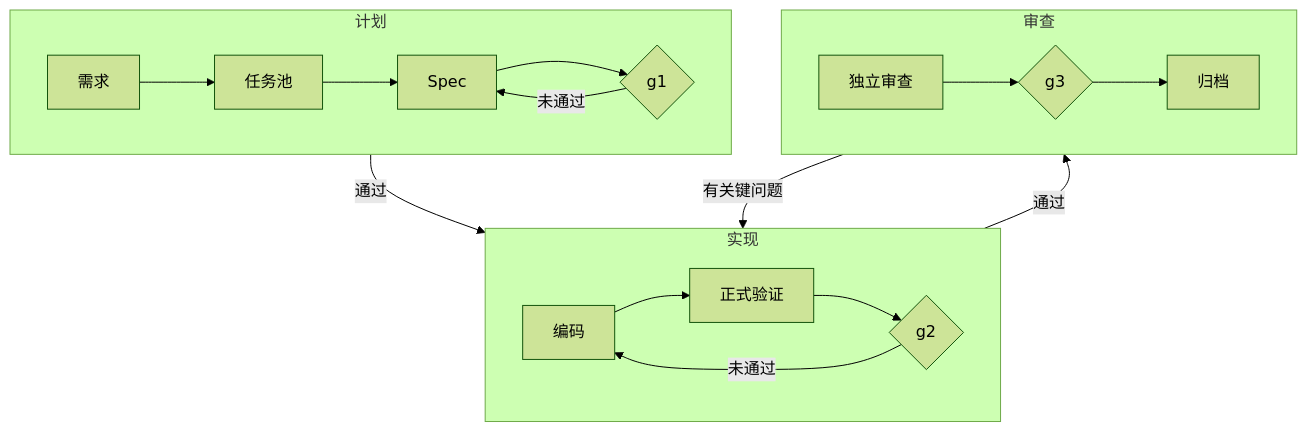
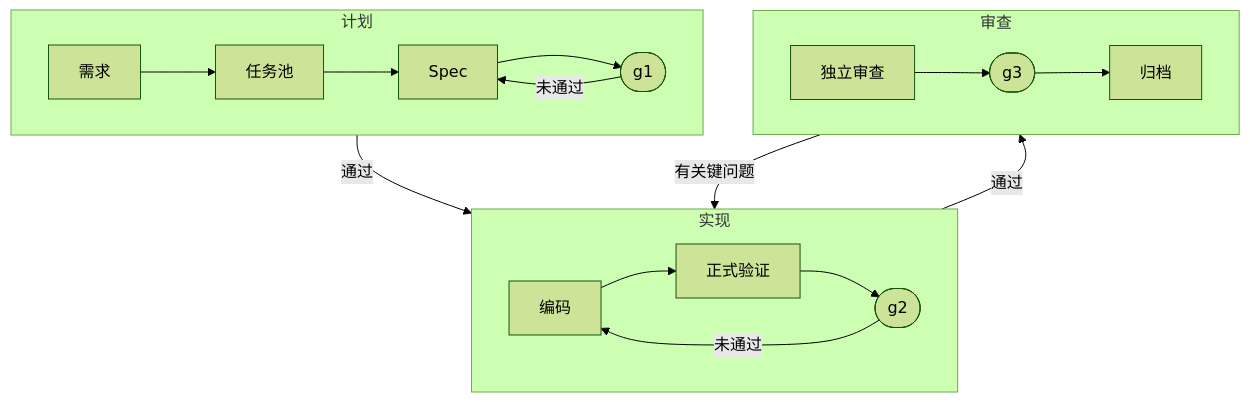
One commit to Alan-IFT/ai-harness-scaffold changed the first of 2 diagrams in README.md. Above: the diagram before and after it, drawn with Mermaid (forest theme). The commit also changed 1 other file, not shown here.

Commit message:
docs: shrink the README workflow diagram

````diff
--- a/README.md
+++ b/README.md
@@ -83,20 +83,20 @@
 ```mermaid
 flowchart TB
     subgraph P1["计划"]
         direction LR
-        A["需求"] --> B["任务池"] --> C["Spec"] --> G1{"g1"}
+        A["需求"] --> B["任务池"] --> C["Spec"] --> G1(["g1"])
         G1 -- 未通过 --> C
     end
     subgraph P2["实现"]
         direction LR
-        D["编码"] --> V["正式验证"] --> G2{"g2"}
+        D["编码"] --> V["正式验证"] --> G2(["g2"])
         G2 -- 未通过 --> D
     end
     subgraph P3["审查"]
         direction LR
-        R["独立审查"] --> G3{"g3"} --> E["归档"]
+        R["独立审查"] --> G3(["g3"]) --> E["归档"]
     end
     P1 -- 通过 --> P2
     P2 -- 通过 --> P3
     P3 -- 有关键问题 --> P2
 ```
````
